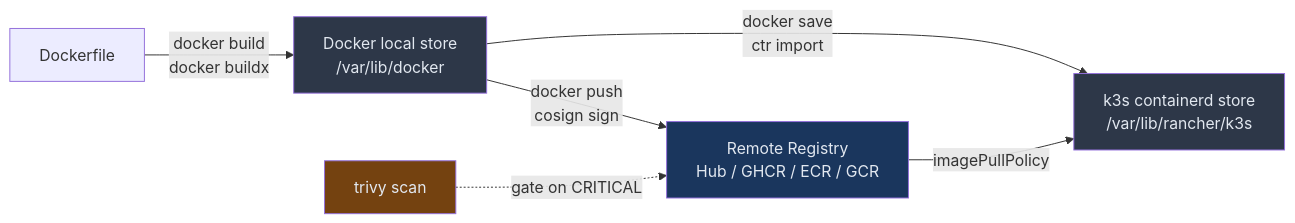
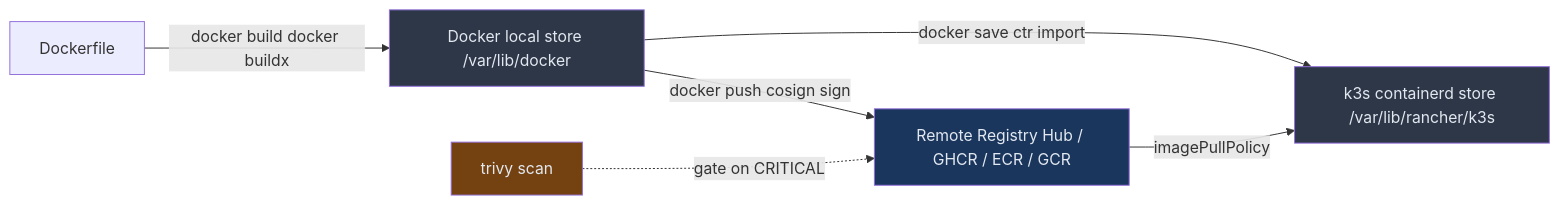
One commit to UncleJS/course_k3s changed the first of 6 diagrams in 17_docker_to_k3s/03_images_and_registries.md. Above: the diagram before and after it, drawn with Mermaid. The commit also changed other lines of this file and 57 other files, not shown here.

````diff
--- a/17_docker_to_k3s/03_images_and_registries.md
+++ b/17_docker_to_k3s/03_images_and_registries.md
@@ -38,12 +38,12 @@
 ```mermaid
 flowchart LR
-    A[Dockerfile] -->|docker build\ndocker buildx| B[Docker local store\n/var/lib/docker]
-    B -->|docker push\ncosign sign| C[Remote Registry\nHub / GHCR / ECR / GCR]
-    C -->|imagePullPolicy| D[k3s containerd store\n/var/lib/rancher/k3s]
-    B -->|docker save\nctr import| D
+    A[Dockerfile] -->|docker build docker buildx| B[Docker local store /var/lib/docker]
+    B -->|docker push cosign sign| C[Remote Registry Hub / GHCR / ECR / GCR]
+    C -->|imagePullPolicy| D[k3s containerd store /var/lib/rancher/k3s]
+    B -->|docker save ctr import| D
     E[trivy scan] -.->|gate on CRITICAL| C
     style B fill:#2d3748,color:#e2e8f0
     style D fill:#2d3748,color:#e2e8f0
     style C fill:#1a365d,color:#e2e8f0
     style E fill:#744210,color:#e2e8f0
 ```
````
